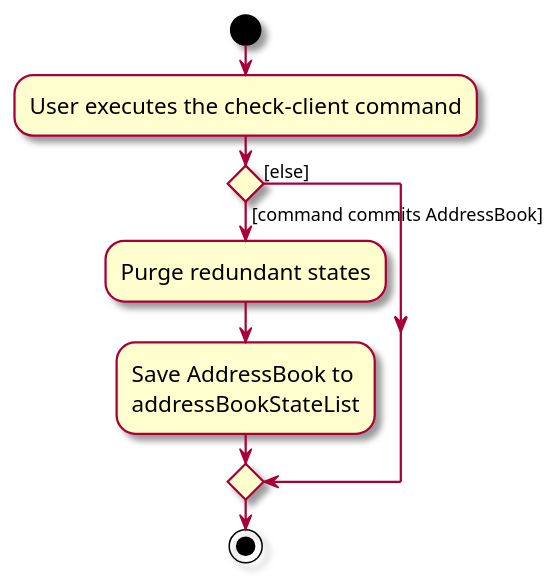
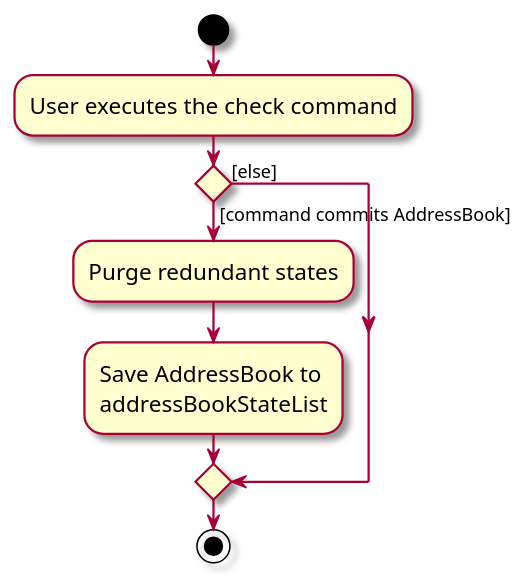
Before and after one commit to nus-cs2103-AY2425S1/tp: the diagram in docs/diagrams/CommitActivityDiagram.puml, drawn with PlantUML. The commit also changed 4 other files, not shown here.

```diff
--- a/docs/diagrams/CommitActivityDiagram.puml
+++ b/docs/diagrams/CommitActivityDiagram.puml
@@ -1,18 +1,18 @@
 @startuml
 skin rose
 skinparam ActivityFontSize 15
 skinparam ArrowFontSize 12
 start
-:User executes the check-client command;
+:User executes the check command;
 
 'Since the beta syntax does not support placing the condition outside the
 'diamond we place it as the true branch instead.
 
 if () then ([command commits AddressBook])
     :Purge redundant states;
     :Save AddressBook to
     addressBookStateList;
 else ([else])
 endif
 stop
 @enduml
```
